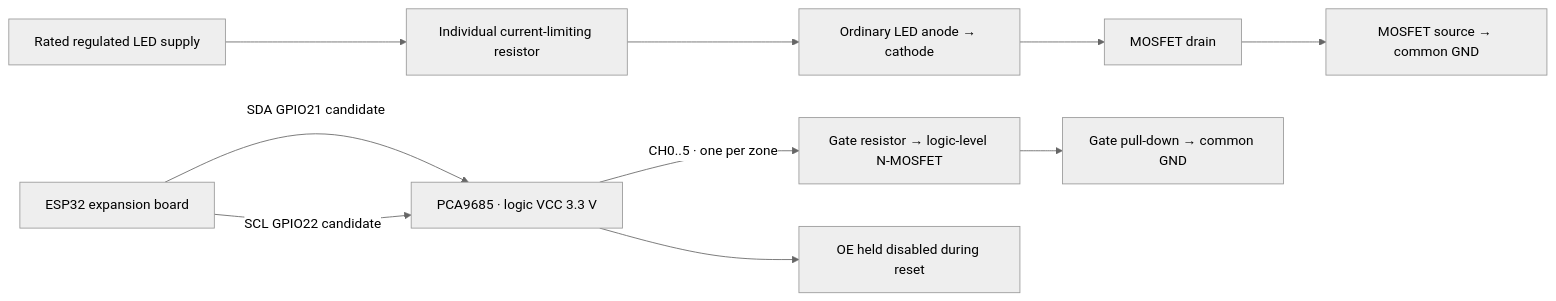
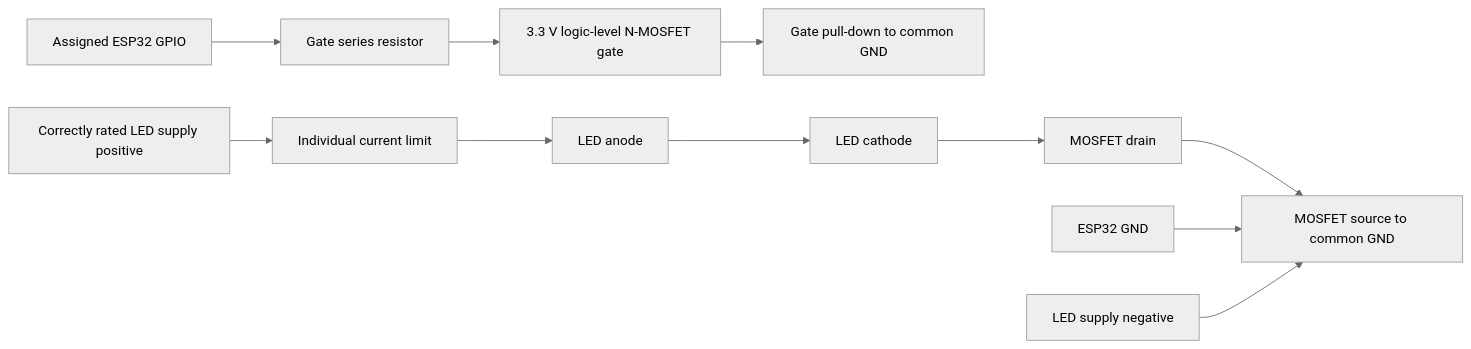
One commit to Prince123user/smartdryingrack_v2 changed the diagram in docs/LIGHTING_WIRING.md. Above: the diagram before and after it, drawn with Mermaid (neutral theme). The commit also changed other lines of this file and 20 other files, not shown here.

````diff
--- a/docs/LIGHTING_WIRING.md
+++ b/docs/LIGHTING_WIRING.md
@@ -25,12 +27,13 @@
 ```mermaid
 flowchart LR
-    ESP[ESP32 expansion board] -->|SDA GPIO21 candidate| PWM[PCA9685 · logic VCC 3.3 V]
-    ESP -->|SCL GPIO22 candidate| PWM
-    PWM -->|CH0..5 · one per zone| G[Gate resistor → logic-level N-MOSFET]
-    PSU[Rated regulated LED supply] --> R[Individual current-limiting resistor]
-    R --> LED[Ordinary LED anode → cathode]
-    LED --> D[MOSFET drain]
-    D --> S[MOSFET source → common GND]
-    G --> PD[Gate pull-down → common GND]
-    PWM --> OE[OE held disabled during reset]
+    GPIO[Assigned ESP32 GPIO] --> GR[Gate series resistor]
+    GR --> G[3.3 V logic-level N-MOSFET gate]
+    G --> PD[Gate pull-down to common GND]
+    PSU[Correctly rated LED supply positive] --> R[Individual current limit]
+    R --> A[LED anode]
+    A --> K[LED cathode]
+    K --> D[MOSFET drain]
+    D --> S[MOSFET source to common GND]
+    ESP[ESP32 GND] --> S
+    NEG[LED supply negative] --> S
 ```
````
